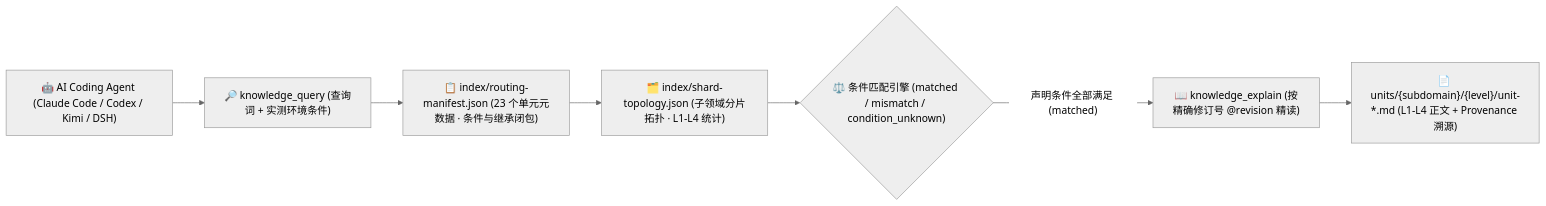
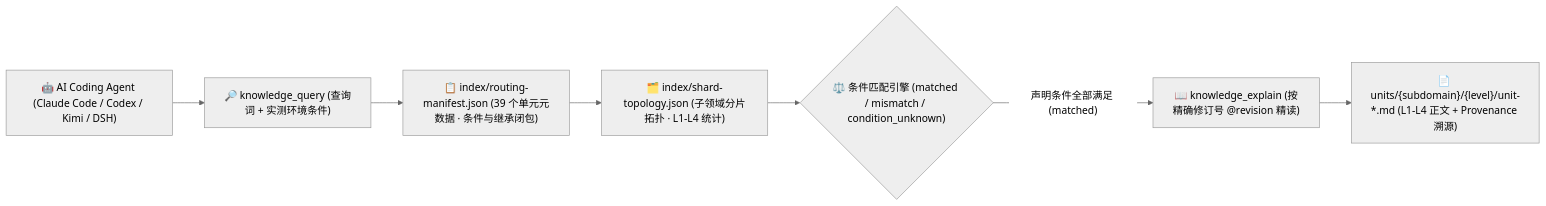
One commit to mindie-agent/knowledge-infer-observability changed the diagram in README.md. Above: the diagram before and after it, drawn with Mermaid (neutral theme). The commit also changed other lines of this file and 6 other files, not shown here.

````diff
--- a/README.md
+++ b/README.md
@@ -99,13 +99,13 @@
 ```mermaid
 flowchart LR
   Agent["🤖 AI Coding Agent (Claude Code / Codex / Kimi / DSH)"]
   Query["🔎 knowledge_query (查询词 + 实测环境条件)"]
-  Manifest["📋 index/routing-manifest.json (23 个单元元数据 · 条件与继承闭包)"]
+  Manifest["📋 index/routing-manifest.json (39 个单元元数据 · 条件与继承闭包)"]
   Topology["🗂️ index/shard-topology.json (子领域分片拓扑 · L1-L4 统计)"]
   Match{"⚖️ 条件匹配引擎 (matched / mismatch / condition_unknown)"}
   Explain["📖 knowledge_explain (按精确修订号 @revision 精读)"]
   Units["📄 units/{subdomain}/{level}/unit-*.md (L1-L4 正文 + Provenance 溯源)"]
 
   Agent --> Query --> Manifest --> Topology --> Match
   Match -- "声明条件全部满足 (matched)" --> Explain --> Units
 ```
````
